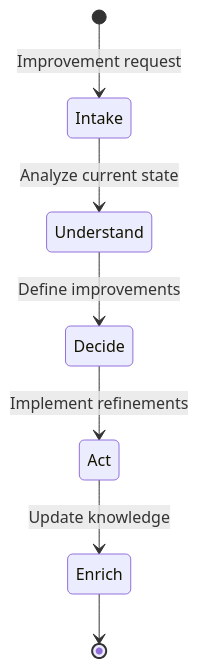
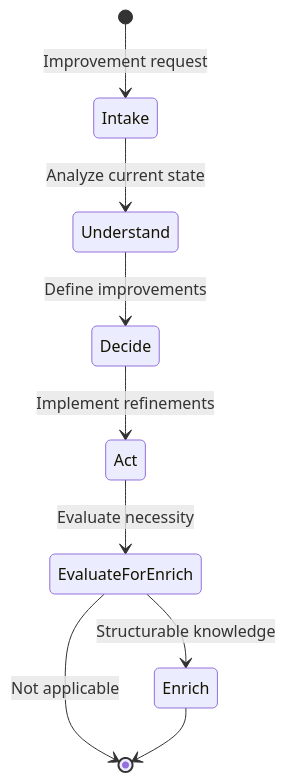
Diagram 12 of 14 in ZWF_ZION_WORKFLOW_FRAMEWORK.md (netomantonio/matrix-protocol), drawn with Mermaid before and after one commit. The commit also changed other lines of this file, not shown here.

````diff
--- a/ZWF_ZION_WORKFLOW_FRAMEWORK.md
+++ b/ZWF_ZION_WORKFLOW_FRAMEWORK.md
@@ -1602,9 +2149,11 @@
 ```mermaid
 stateDiagram-v2
     [*] --> Intake: Improvement request
     Intake --> Understand: Analyze current state
     Understand --> Decide: Define improvements
     Decide --> Act: Implement refinements
-    Act --> Enrich: Update knowledge
+    Act --> EvaluateForEnrich: Evaluate necessity
+    EvaluateForEnrich --> Enrich: Structurable knowledge
+    EvaluateForEnrich --> [*]: Not applicable
     Enrich --> [*]
 ```
````
